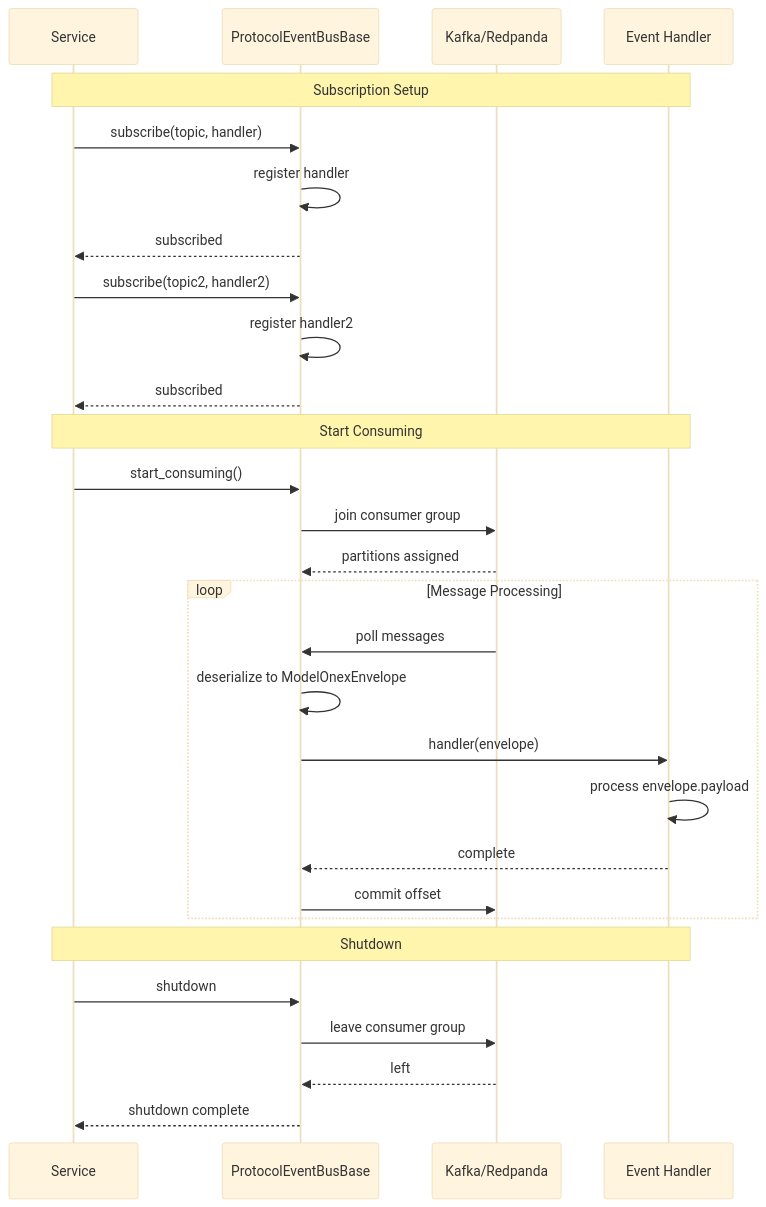
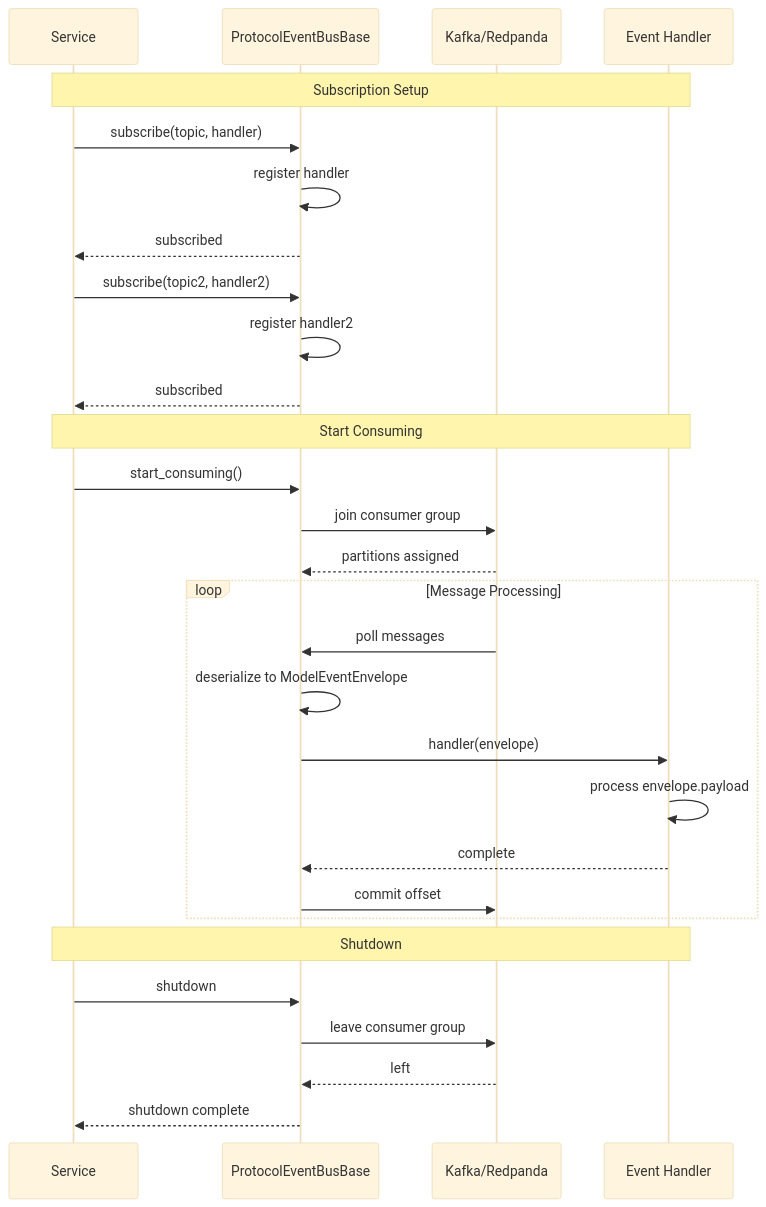
One commit to OmniNode-ai/omnibase_spi changed the fifth of 8 diagrams in docs/PROTOCOL_SEQUENCE_DIAGRAMS.md. Above: the diagram before and after it, drawn with Mermaid (base theme). The commit also changed 1 other file, not shown here.

Commit message:
docs(OMN-13198): retarget ModelOnexEnvelope doc references to ModelEventEnvelope (#235)
The legacy ModelOnexEnvelope class is deleted in B4/OMN-13196; SPI protocol
docs must reference the canonical envelope. Retargeted:
- src/omnibase_spi/protocols/README.md ProtocolEventBus example (import path,
  publish_envelope/subscribe signatures, ModelEventEnvelope construction in the
  OrderService/PaymentService examples; correlation_id uses uuid4() to match
  ModelEventEnvelope.correlation_id: UUID | None)
- docs/PROTOCOL_SEQUENCE_DIAGRAMS.md event-bus deserialize step

Markdown-only documentation edits; no source code changed.

````diff
--- a/docs/PROTOCOL_SEQUENCE_DIAGRAMS.md
+++ b/docs/PROTOCOL_SEQUENCE_DIAGRAMS.md
@@ -139,36 +139,36 @@
 ```mermaid
 sequenceDiagram
     participant Service
     participant EventBus as ProtocolEventBusBase
     participant Kafka as Kafka/Redpanda
     participant Handler as Event Handler
 
     Note over Service,Handler: Subscription Setup
     Service->>EventBus: subscribe(topic, handler)
     EventBus->>EventBus: register handler
     EventBus-->>Service: subscribed
 
     Service->>EventBus: subscribe(topic2, handler2)
     EventBus->>EventBus: register handler2
     EventBus-->>Service: subscribed
 
     Note over Service,Handler: Start Consuming
     Service->>EventBus: start_consuming()
     EventBus->>Kafka: join consumer group
     Kafka-->>EventBus: partitions assigned
 
     loop Message Processing
         Kafka->>EventBus: poll messages
-        EventBus->>EventBus: deserialize to ModelOnexEnvelope
+        EventBus->>EventBus: deserialize to ModelEventEnvelope
         EventBus->>Handler: handler(envelope)
         Handler->>Handler: process envelope.payload
         Handler-->>EventBus: complete
         EventBus->>Kafka: commit offset
     end
 
     Note over Service,Handler: Shutdown
     Service->>EventBus: shutdown
     EventBus->>Kafka: leave consumer group
     Kafka-->>EventBus: left
     EventBus-->>Service: shutdown complete
 ```
````
